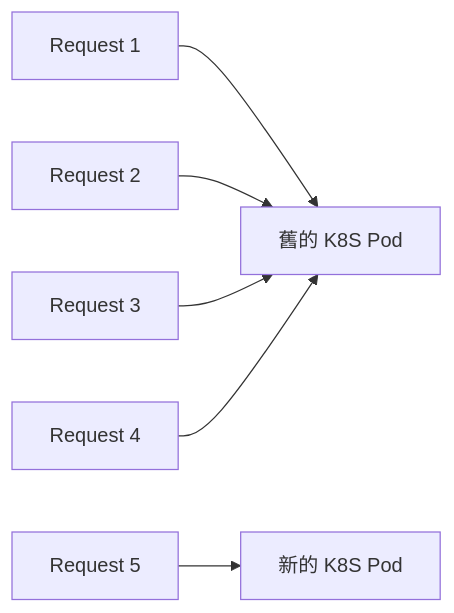
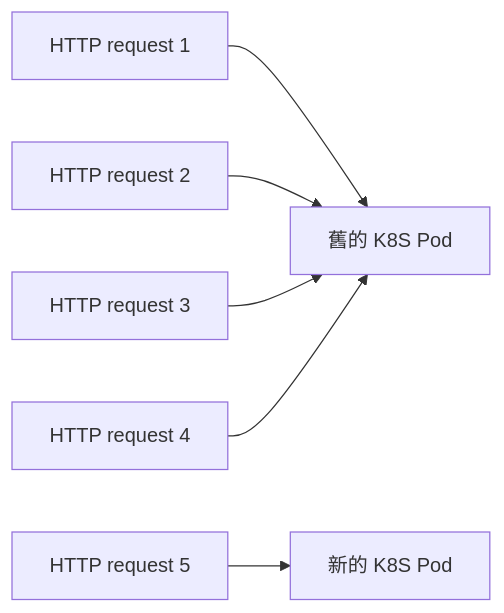
The diagram in docs/nodejs/http-maxRequestsPerSocket.md (samuel871211/yusheng-tech-blog), drawn with Mermaid before and after one commit. The commit also changed other lines of this file, not shown here.

Commit message:
http-maxRequestsPerSocket

````diff
--- a/docs/nodejs/http-maxRequestsPerSocket.md
+++ b/docs/nodejs/http-maxRequestsPerSocket.md
@@ -20,8 +17,8 @@
 ```mermaid
 flowchart LR
-  A[Request 1] --> B[舊的 K8S Pod]
-  C[Request 2] --> B
-  D[Request 3] --> B
-  E[Request 4] --> B
-  F[Request 5] --> G[新的 K8S Pod]
+  A[HTTP request 1] --> B[舊的 K8S Pod]
+  C[HTTP request 2] --> B
+  D[HTTP request 3] --> B
+  E[HTTP request 4] --> B
+  F[HTTP request 5] --> G[新的 K8S Pod]
 ```
````
